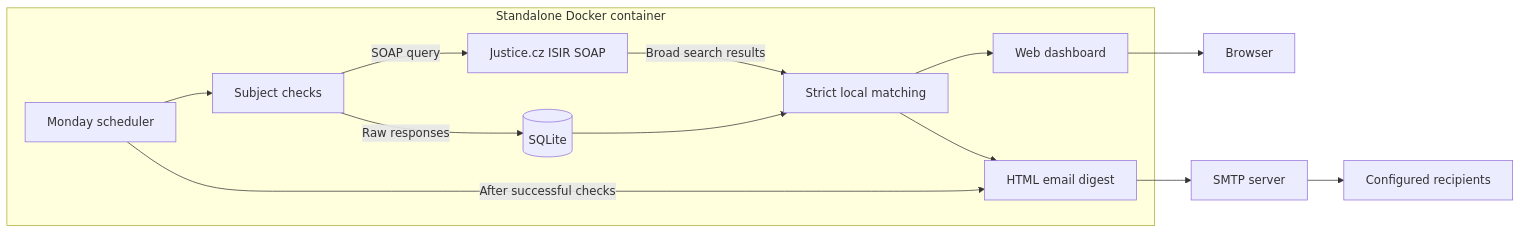
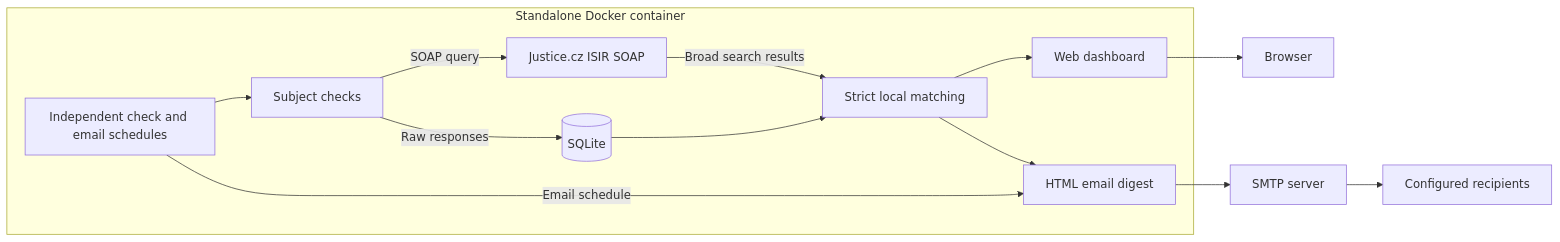
Before and after one commit to AlienTab1/isir-watch: the diagram in README.md, drawn with Mermaid. The commit also changed other lines of this file and 15 other files, not shown here.

````diff
--- a/README.md
+++ b/README.md
@@ -24,16 +24,16 @@
 ```mermaid
 flowchart LR
     Justice[Justice.cz ISIR SOAP] -->|Broad search results| Filter[Strict local matching]
     subgraph Container[Standalone Docker container]
-        Scheduler[Monday scheduler] --> Check[Subject checks]
+        Scheduler[Independent check and email schedules] --> Check[Subject checks]
         Check -->|SOAP query| Justice
         Check -->|Raw responses| DB[(SQLite)]
         DB --> Filter
         Filter --> Web[Web dashboard]
         Filter --> Digest[HTML email digest]
-        Scheduler -->|After successful checks| Digest
+        Scheduler -->|Email schedule| Digest
     end
     Web --> Browser[Browser]
     Digest --> SMTP[SMTP server]
     SMTP --> Recipients[Configured recipients]
 ```
````
